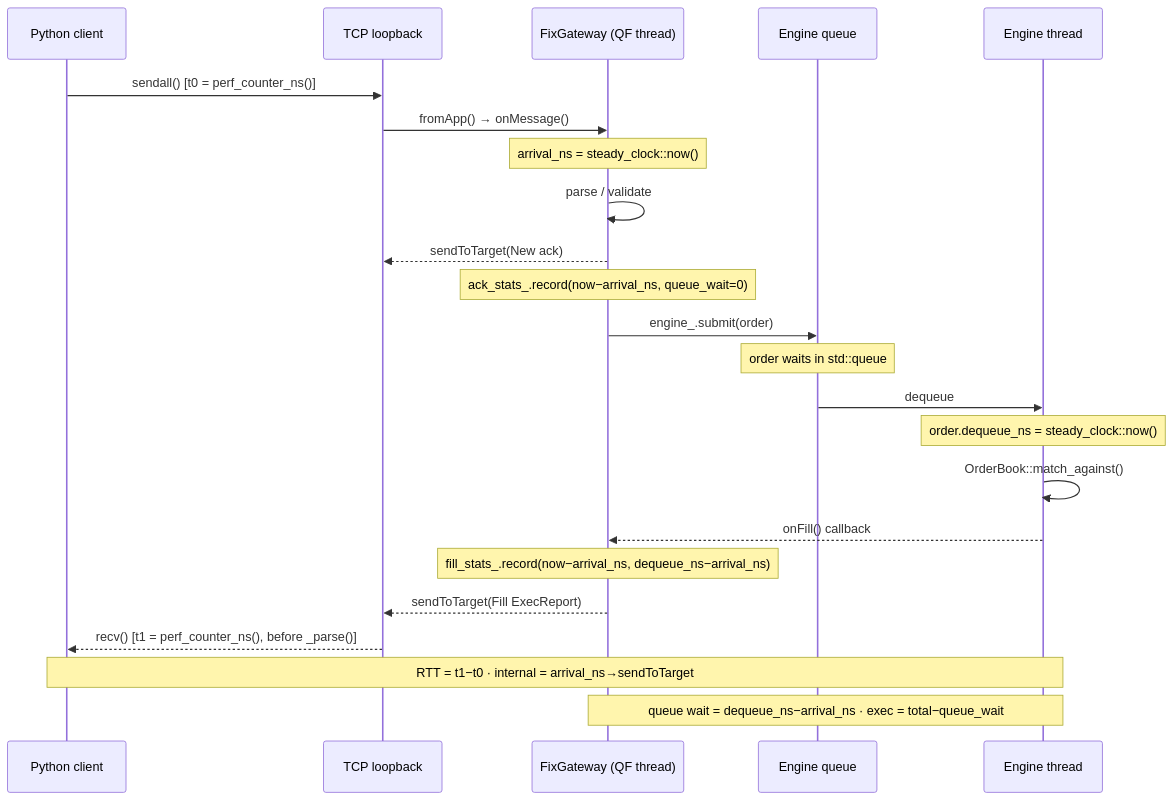
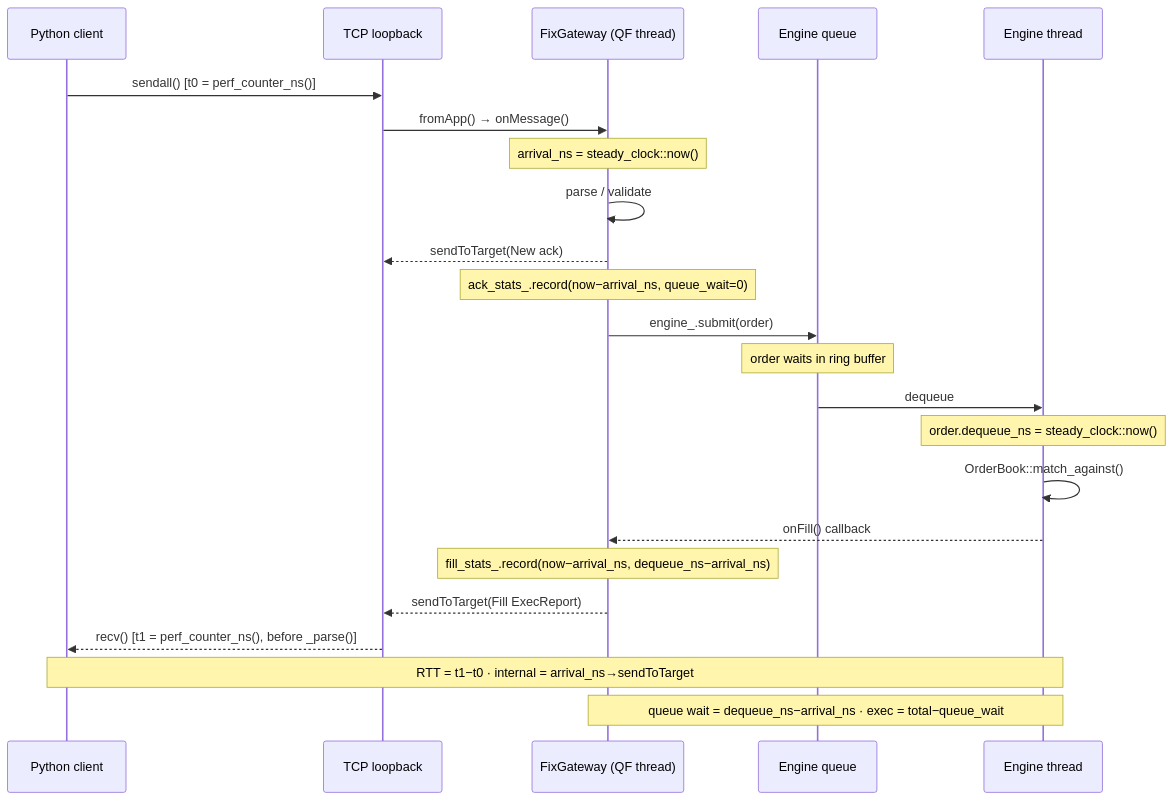
One commit to koralkulacoglu/fix-exchange changed the diagram in docs/BENCHMARKS.md. Above: the diagram before and after it, drawn with Mermaid. The commit also changed other lines of this file and 5 other files, not shown here.

````diff
--- a/docs/BENCHMARKS.md
+++ b/docs/BENCHMARKS.md
@@ -9,26 +9,26 @@
 ```mermaid
 sequenceDiagram
     participant C as Python client
     participant L as TCP loopback
     participant G as FixGateway (QF thread)
     participant Q as Engine queue
     participant E as Engine thread
 
     C->>L: sendall() [t0 = perf_counter_ns()]
     L->>G: fromApp() → onMessage()
     Note over G: arrival_ns = steady_clock::now()
     G->>G: parse / validate
     G-->>L: sendToTarget(New ack)
     Note over G: ack_stats_.record(now−arrival_ns, queue_wait=0)
     G->>Q: engine_.submit(order)
-    Note over Q: order waits in std::queue
+    Note over Q: order waits in ring buffer
     Q->>E: dequeue
     Note over E: order.dequeue_ns = steady_clock::now()
     E->>E: OrderBook::match_against()
     E-->>G: onFill() callback
     Note over G: fill_stats_.record(now−arrival_ns, dequeue_ns−arrival_ns)
     G-->>L: sendToTarget(Fill ExecReport)
     L-->>C: recv() [t1 = perf_counter_ns(), before _parse()]
     Note over C,E: RTT = t1−t0 · internal = arrival_ns→sendToTarget
     Note over G,E: queue wait = dequeue_ns−arrival_ns · exec = total−queue_wait
 ```
````
